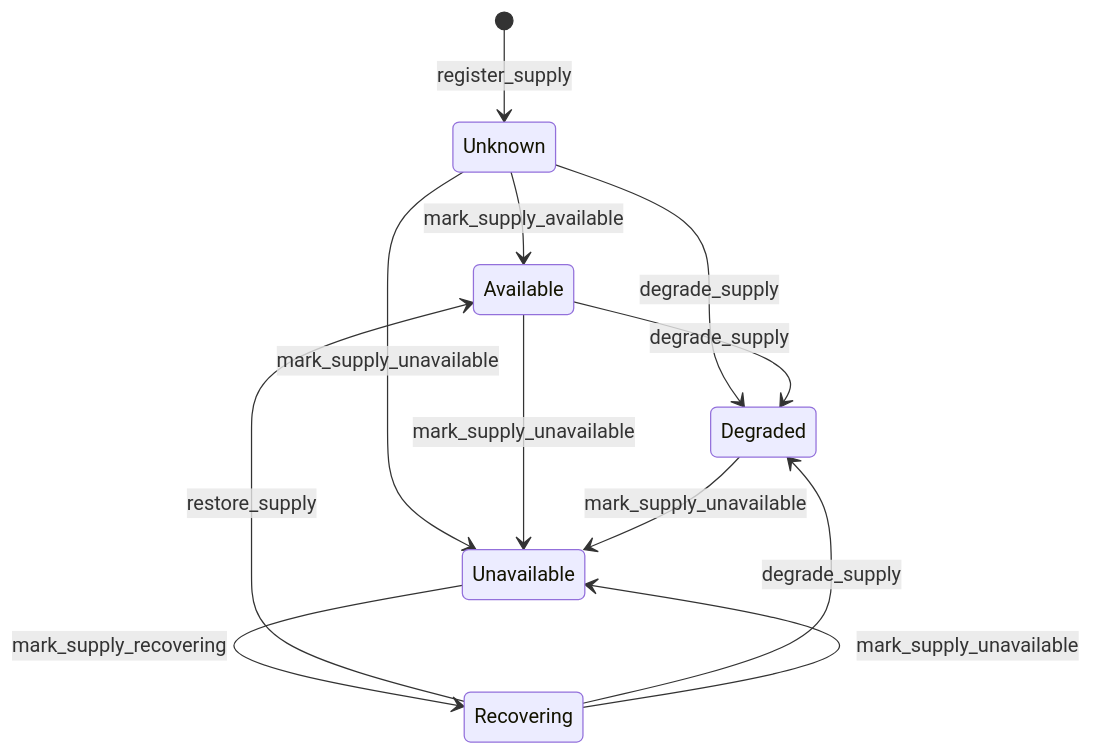
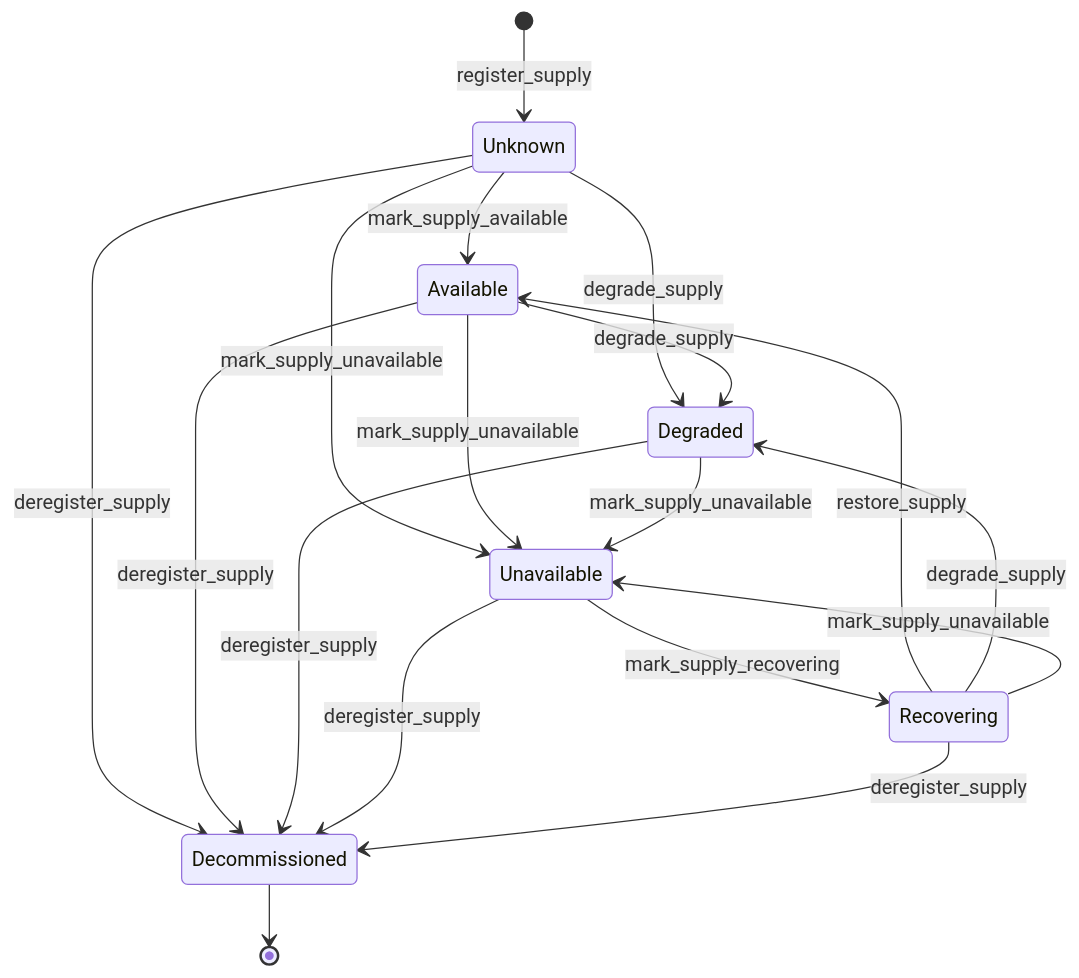
The diagram in docs/architecture/modules/supply/index.md (mittoalb/cora), drawn with Mermaid before and after one commit. The commit also changed other lines of this file and 2 other files, not shown here.

First line of the commit message:
docs(supply,run,operation): reflect deregister + pre-flight gate + monitor trigger

````diff
--- a/docs/architecture/modules/supply/index.md
+++ b/docs/architecture/modules/supply/index.md
@@ -43,14 +45,20 @@
 ```mermaid
 stateDiagram-v2
     [*] --> Unknown: register_supply
     Unknown --> Available: mark_supply_available
     Unknown --> Degraded: degrade_supply
     Unknown --> Unavailable: mark_supply_unavailable
     Available --> Degraded: degrade_supply
     Available --> Unavailable: mark_supply_unavailable
     Degraded --> Unavailable: mark_supply_unavailable
     Unavailable --> Recovering: mark_supply_recovering
     Recovering --> Available: restore_supply
     Recovering --> Degraded: degrade_supply
     Recovering --> Unavailable: mark_supply_unavailable
+    Unknown --> Decommissioned: deregister_supply
+    Available --> Decommissioned: deregister_supply
+    Degraded --> Decommissioned: deregister_supply
+    Unavailable --> Decommissioned: deregister_supply
+    Recovering --> Decommissioned: deregister_supply
+    Decommissioned --> [*]
 ```
````
